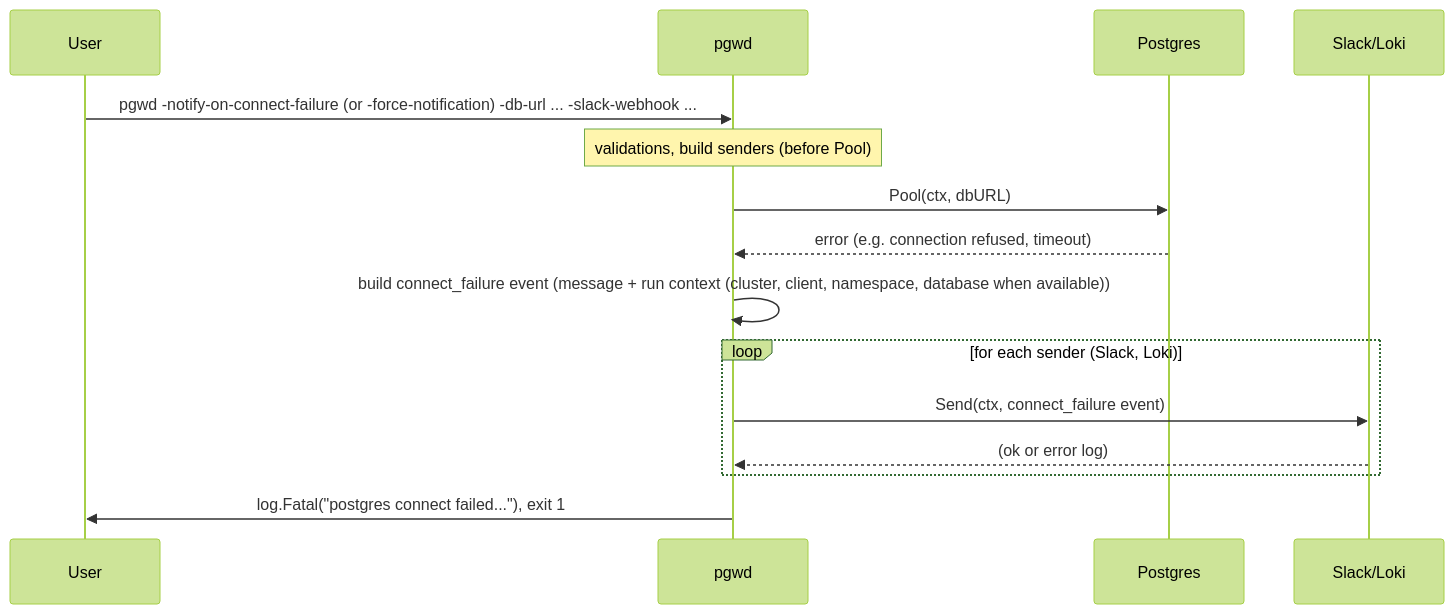
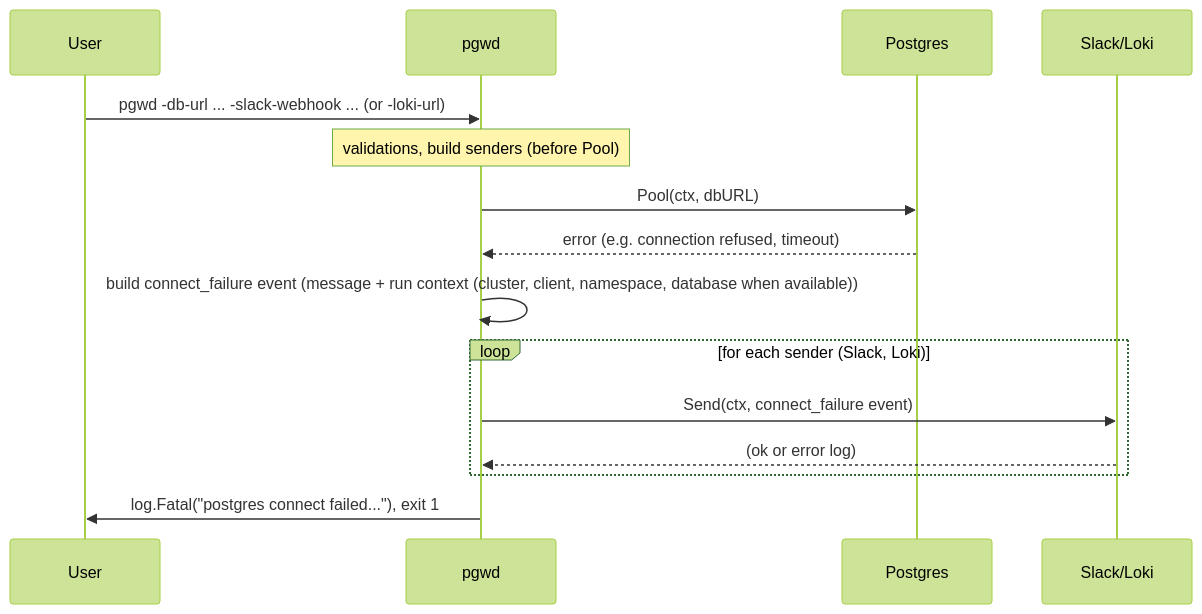
Before and after one commit to hrodrig/pgwd: the diagram in docs/sequence/07-connect-failure-notification.md, drawn with Mermaid (forest theme). The commit also changed other lines of this file and 9 other files, not shown here.

First line of the commit message:
Notify on connection failure and too_many_clients; fix alert when first query fails

````diff
--- a/docs/sequence/07-connect-failure-notification.md
+++ b/docs/sequence/07-connect-failure-notification.md
@@ -5,18 +5,18 @@
 ```mermaid
 sequenceDiagram
     participant User
     participant pgwd
     participant Postgres
     participant Slack as Slack/Loki
 
-    User->>pgwd: pgwd -notify-on-connect-failure (or -force-notification) -db-url ... -slack-webhook ...
+    User->>pgwd: pgwd -db-url ... -slack-webhook ... (or -loki-url)
     Note over pgwd: validations, build senders (before Pool)
     pgwd->>Postgres: Pool(ctx, dbURL)
     Postgres-->>pgwd: error (e.g. connection refused, timeout)
     pgwd->>pgwd: build connect_failure event (message + run context (cluster, client, namespace, database when available))
     loop for each sender (Slack, Loki)
         pgwd->>Slack: Send(ctx, connect_failure event)
         Slack-->>pgwd: (ok or error log)
     end
     pgwd->>User: log.Fatal("postgres connect failed..."), exit 1
 ```
````
